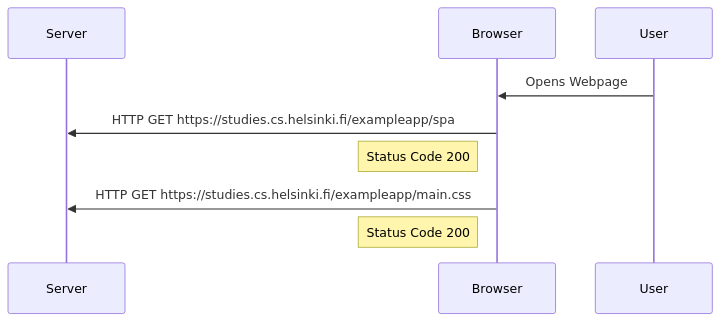
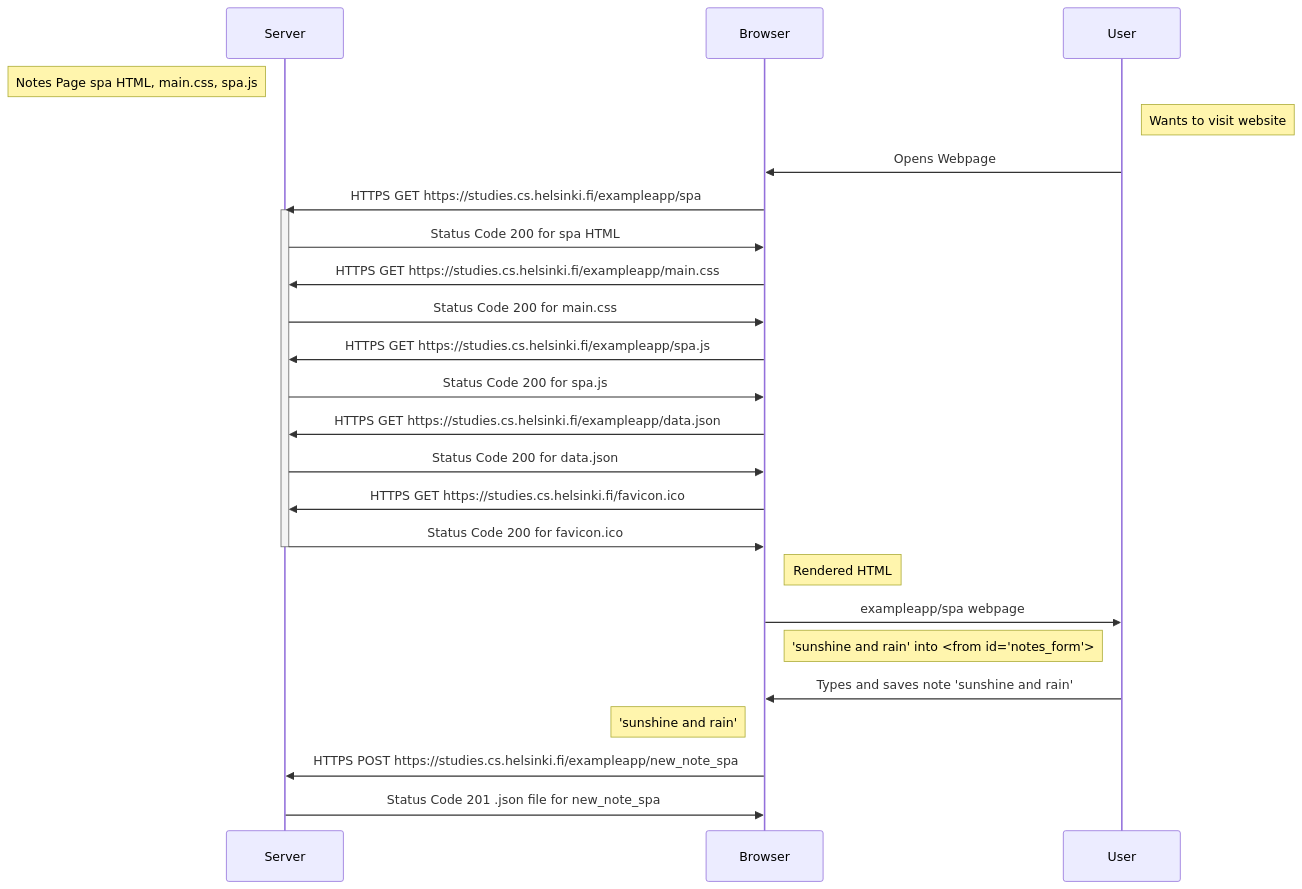
One commit to jsphotos205/full_stack_open changed the diagram in 0/example05.MD. Above: the diagram before and after it, drawn with Mermaid.

Commit message:
example05 worked through, mermaid makes alittle more sense, will go back to example04 and fix

````diff
--- a/0/example05.MD
+++ b/0/example05.MD
@@ -1,14 +1,41 @@
 ```mermaid
 sequenceDiagram
 	participant Server
 	participant Browser
 	participant User
 
+	Note left of Server : Notes Page spa HTML, main.css, spa.js
+	Note right of User : Wants to visit website
+
 	User ->> Browser : Opens Webpage
-	Browser ->> Server : HTTP GET https://studies.cs.helsinki.fi/exampleapp/spa
-	Note left of Browser : Status Code 200
-	Browser ->> Server : HTTP GET https://studies.cs.helsinki.fi/exampleapp/main.css
-	Note left of Browser : Status Code 200
+	Browser ->> Server : HTTPS GET https://studies.cs.helsinki.fi/exampleapp/spa
+	activate Server
+	Server ->> Browser : Status Code 200 for spa HTML
+	Browser ->> Server : HTTPS GET https://studies.cs.helsinki.fi/exampleapp/main.css
+	Server ->> Browser : Status Code 200 for main.css
+	Browser ->> Server : HTTPS GET https://studies.cs.helsinki.fi/exampleapp/spa.js
+	Server ->> Browser : Status Code 200 for spa.js
+	Browser ->> Server : HTTPS GET https://studies.cs.helsinki.fi/exampleapp/data.json
+	Server ->> Browser : Status Code 200 for data.json
+	Browser ->> Server : HTTPS GET https://studies.cs.helsinki.fi/favicon.ico
+	Server ->> Browser : Status Code 200 for favicon.ico
+	deactivate Server
+
+	Note right of Browser : Rendered HTML
+
+	Browser ->> User : exampleapp/spa webpage
+	Note left of User :'sunshine and rain' into <from id='notes_form'>
+	User ->> Browser : Types and saves note 'sunshine and rain'
+	Note left of Browser : 'sunshine and rain'
+	Browser ->> Server : HTTPS POST https://studies.cs.helsinki.fi/exampleapp/new_note_spa
+	Server ->> Browser : Status Code 201 .json file for new_note_spa
+
+
+
+
+
+
+
 
 
 ```
````
